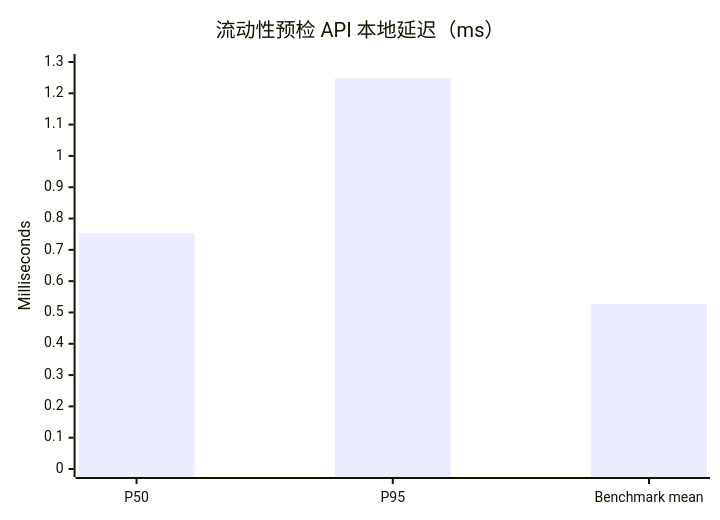
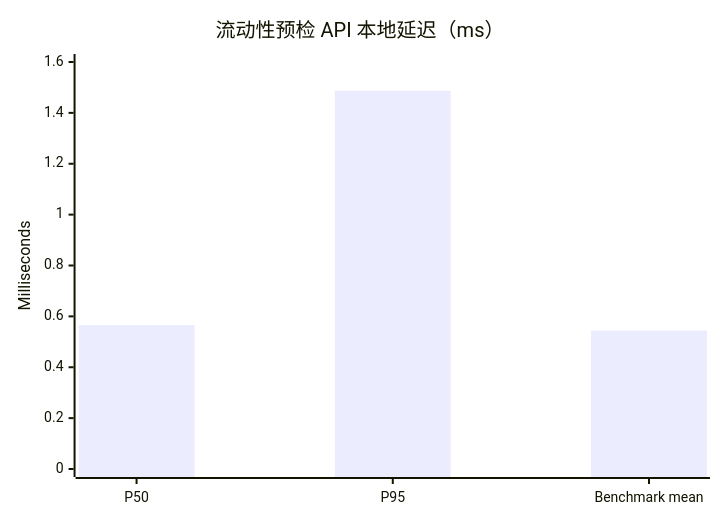
The diagram in benchmark/evaluation-latency.mmd (cffa-as/bankagent), drawn with Mermaid before and after one commit. The commit also changed 23 other files, not shown here.

```diff
--- a/benchmark/evaluation-latency.mmd
+++ b/benchmark/evaluation-latency.mmd
@@ -1,5 +1,5 @@
 xychart-beta
     title "流动性预检 API 本地延迟（ms）"
     x-axis ["P50", "P95", "Benchmark mean"]
-    y-axis "Milliseconds" 0 --> 1.3
-    bar [0.754, 1.248, 0.526]
+    y-axis "Milliseconds" 0 --> 1.6
+    bar [0.566, 1.487, 0.544]
```
